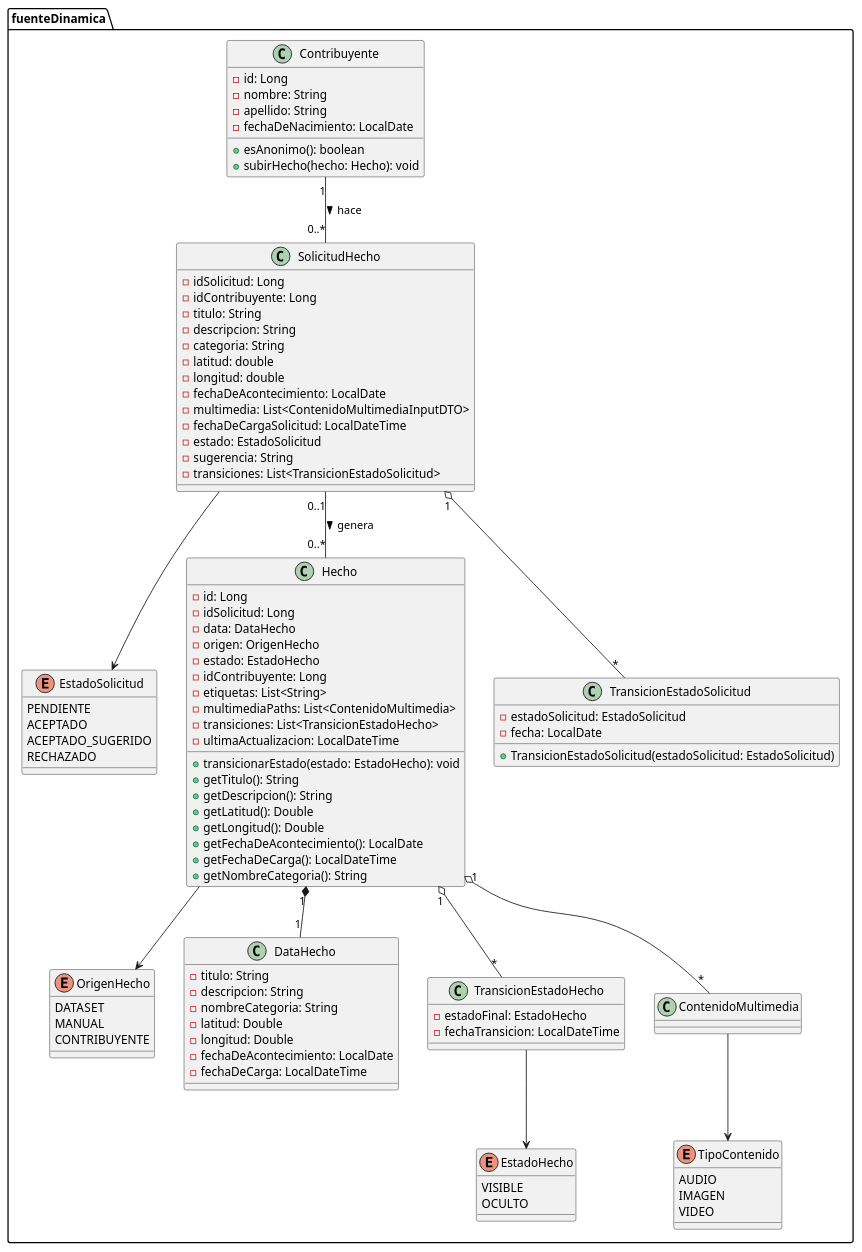
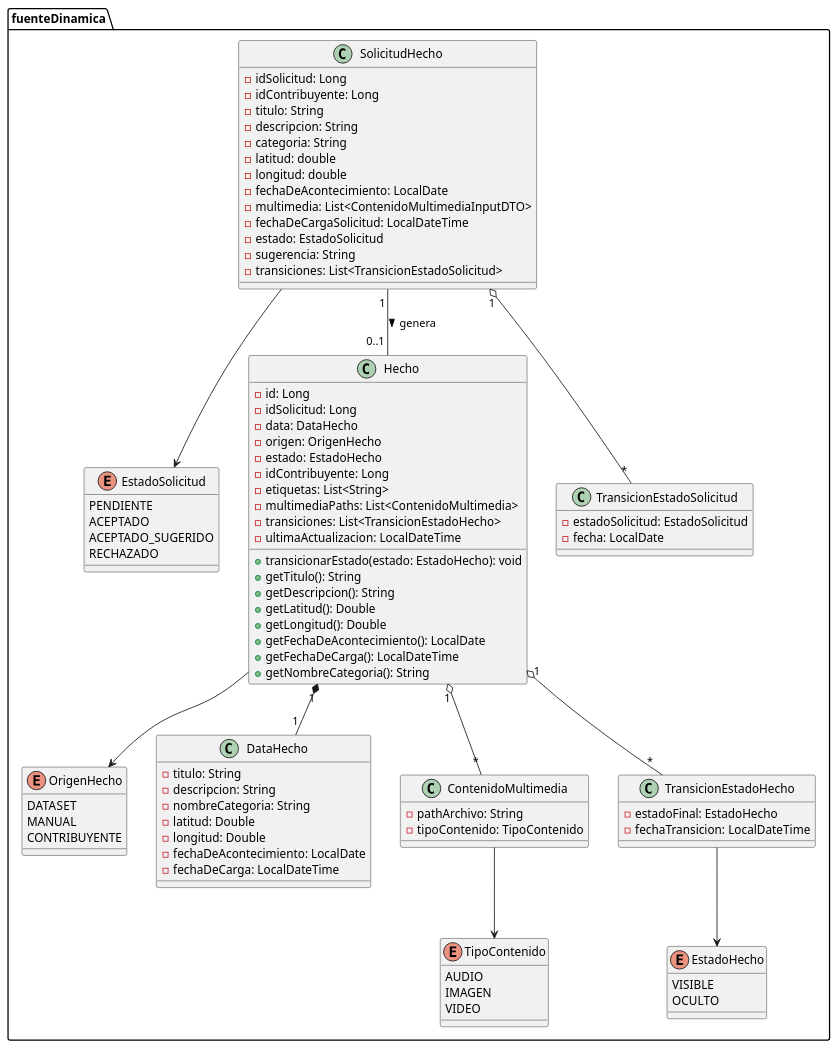
The diagram in entregables/entrega-3/diagrama-de-clases/diagrama-de-clases-dinamica.puml (NicolasPazz/metamapa), drawn with PlantUML before and after one commit.

Commit message:
Actualizo diagrama de clase dinamica

```diff
--- a/entregables/entrega-3/diagrama-de-clases/diagrama-de-clases-dinamica.puml
+++ b/entregables/entrega-3/diagrama-de-clases/diagrama-de-clases-dinamica.puml
@@ -1,129 +1,114 @@
 @startuml
 package "fuenteDinamica"{
 ' Enumerations
 enum EstadoHecho {
   VISIBLE
   OCULTO
 }
 
 enum OrigenHecho {
   DATASET
   MANUAL
   CONTRIBUYENTE
 }
 
 enum EstadoSolicitud {
   PENDIENTE
   ACEPTADO
   ACEPTADO_SUGERIDO
   RECHAZADO
 }
 
 enum TipoContenido {
   AUDIO
   IMAGEN
   VIDEO
 }
 
 ' Classes
 
 class Hecho {
   - id: Long
   - idSolicitud: Long
   - data: DataHecho
   - origen: OrigenHecho
   - estado: EstadoHecho
   - idContribuyente: Long
   - etiquetas: List<String>
   - multimediaPaths: List<ContenidoMultimedia>
   - transiciones: List<TransicionEstadoHecho>
   - ultimaActualizacion: LocalDateTime
 
   + transicionarEstado(estado: EstadoHecho): void
   + getTitulo(): String
   + getDescripcion(): String
   + getLatitud(): Double
   + getLongitud(): Double
   + getFechaDeAcontecimiento(): LocalDate
   + getFechaDeCarga(): LocalDateTime
   + getNombreCategoria(): String
 }
 
 class DataHecho {
   - titulo: String
   - descripcion: String
   - nombreCategoria: String
   - latitud: Double
   - longitud: Double
   - fechaDeAcontecimiento: LocalDate
   - fechaDeCarga: LocalDateTime
 }
 
-'class ContenidoMultimedia {
-'  - pathArchivo: String
-'  - tipoContenido: TipoContenido
+class ContenidoMultimedia {
+  - pathArchivo: String
+  - tipoContenido: TipoContenido
 
-' + ContenidoMultimedia(pathArchivo: String, tipoContenido: TipoContenido)
-'}
+}
 
 class TransicionEstadoHecho {
   - estadoFinal: EstadoHecho
   - fechaTransicion: LocalDateTime
 }
 
 class SolicitudHecho {
   - idSolicitud: Long
   - idContribuyente: Long
   - titulo: String
   - descripcion: String
   - categoria: String
   - latitud: double
   - longitud: double
   - fechaDeAcontecimiento: LocalDate
   - multimedia: List<ContenidoMultimediaInputDTO>
   - fechaDeCargaSolicitud: LocalDateTime
   - estado: EstadoSolicitud
   - sugerencia: String
   - transiciones: List<TransicionEstadoSolicitud>
 }
 
 class TransicionEstadoSolicitud {
   - estadoSolicitud: EstadoSolicitud
   - fecha: LocalDate
-
-  + TransicionEstadoSolicitud(estadoSolicitud: EstadoSolicitud)
-}
-
-class Contribuyente {
-  - id: Long
-  - nombre: String
-  - apellido: String
-  - fechaDeNacimiento: LocalDate
-
-  + esAnonimo(): boolean
-  + subirHecho(hecho: Hecho): void
 }
 
 
 
 Hecho "1" *-- "1" DataHecho
 Hecho "1" o-- "*" ContenidoMultimedia
 Hecho "1" o-- "*" TransicionEstadoHecho
 Hecho   --> OrigenHecho
 TransicionEstadoHecho --> EstadoHecho
 
 ''SolicitudHecho "1" o-- "*" ContenidoMultimediaInputDTO
 SolicitudHecho "1" o-- "*" TransicionEstadoSolicitud
 SolicitudHecho  --> EstadoSolicitud
 
 
 ContenidoMultimedia --> TipoContenido
 
-' Asociación entre Contribuyente y SolicitudHecho (1 a muchos)
-Contribuyente "1" -- "0..*" SolicitudHecho : hace >
 
 ' Asociación entre SolicitudHecho y Hecho (0..1 a muchos)
-SolicitudHecho "0..1" -- "0..*" Hecho : genera >
+SolicitudHecho "1 " -- "0..1 " Hecho : genera >
 
 }
 @enduml
```
